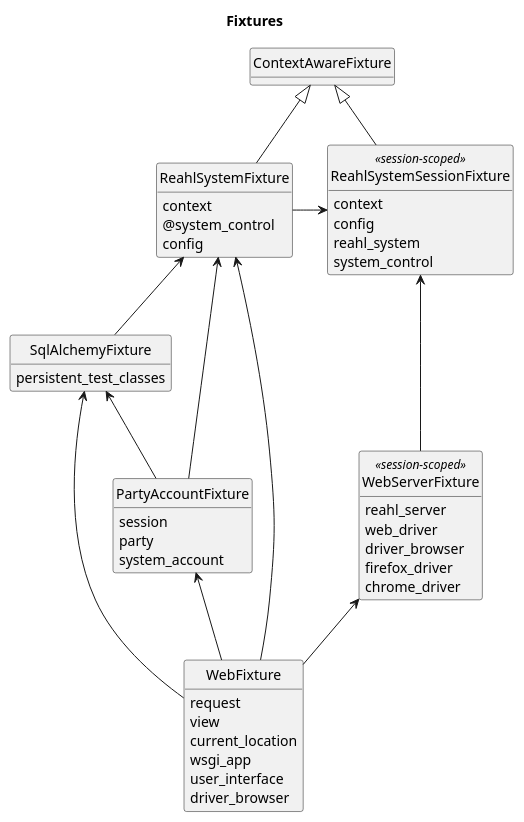
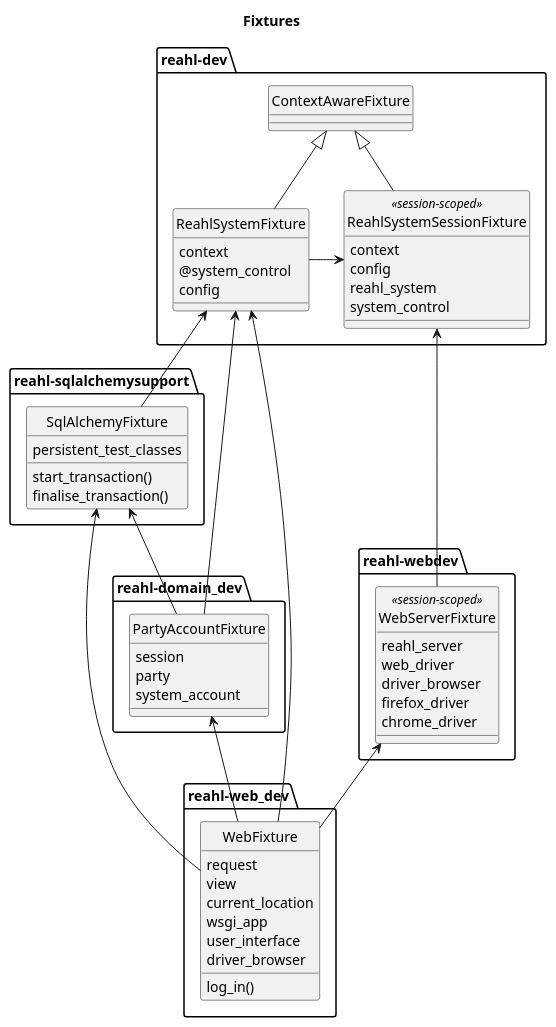
Before and after one commit to reahl/reahl: the diagram in reahl-web/reahl/web_dev/fixtures.puml, drawn with PlantUML. The commit also changed 5 other files, not shown here.

```diff
--- a/reahl-web/reahl/web_dev/fixtures.puml
+++ b/reahl-web/reahl/web_dev/fixtures.puml
@@ -1,77 +1,82 @@
 @startuml
 
 title Fixtures
 
-hide methods
 hide circle
 
-class ContextAwareFixture {
+package reahl-dev{
+	class ContextAwareFixture {
+	}
+
+	class ReahlSystemSessionFixture <<session-scoped>> {
+	    context
+	    config
+	    reahl_system
+	    system_control
+	}
+
+	class ReahlSystemFixture {
+	    context
+	    @system_control
+	    config
+	}
 }
 
-class ReahlSystemSessionFixture <<session-scoped>> {
-	context
-	config
-	reahl_system
-	system_control
+package reahl-sqlalchemysupport{
+	class SqlAlchemyFixture {
+	    persistent_test_classes
+	    start_transaction()
+	    finalise_transaction()
+	}
 }
 
-class ReahlSystemFixture {
-	context
-        @system_control
-	config
+package reahl-webdev{
+	class WebServerFixture <<session-scoped>> {
+	    reahl_server
+	    web_driver
+	    driver_browser
+	    firefox_driver
+	    chrome_driver
+	}
 }
 
-
-class SqlAlchemyFixture {
-      persistent_test_classes
-      start_transaction()
-      finalise_transaction()
+package reahl-web_dev{
+	class WebFixture {
+	      request
+	      view
+	      current_location
+	      wsgi_app
+	      user_interface
+	      driver_browser
+	      log_in()
+	}
 }
 
-
-class WebServerFixture <<session-scoped>> {
-	reahl_server
-	web_driver
-	driver_browser
-	firefox_driver
-	chrome_driver
+package reahl-domain_dev{
+	class PartyAccountFixture {
+	      session
+	      party
+	      system_account
+	}
 }
-
-class WebFixture {
-      request
-      view
-      current_location
-      wsgi_app
-      user_interface
-      driver_browser
-      log_in()
-}
-
-
-class PartyAccountFixture {
-      session
-      party
-      system_account
-}
-
 
 
 ContextAwareFixture <|-- ReahlSystemSessionFixture
 ContextAwareFixture <|-- ReahlSystemFixture
 ReahlSystemSessionFixture <-left- ReahlSystemFixture 
 
 ReahlSystemFixture <-- SqlAlchemyFixture 
 WebServerFixture -up-> ReahlSystemSessionFixture
 
 ReahlSystemFixture <-- WebFixture
 SqlAlchemyFixture <-- WebFixture
 WebServerFixture <-- WebFixture
 PartyAccountFixture <-- WebFixture
 
 
 ReahlSystemFixture <-- PartyAccountFixture
 SqlAlchemyFixture <-- PartyAccountFixture
 
 
 
 @enduml
```
